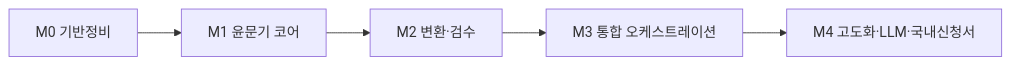
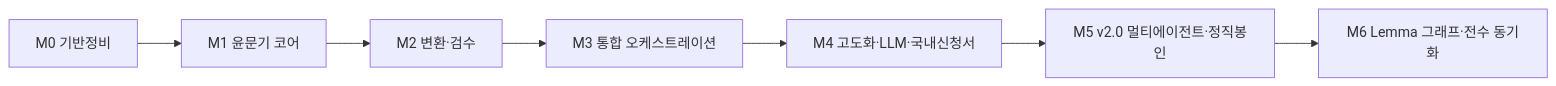
Before and after one commit to sooasim/book: the diagram in docs/05_개발로드맵_및_품질기준.md, drawn with Mermaid. The commit also changed other lines of this file and 9 other files, not shown here.

````diff
--- a/docs/05_개발로드맵_및_품질기준.md
+++ b/docs/05_개발로드맵_및_품질기준.md
@@ -22,7 +24,9 @@
 ```mermaid
 flowchart LR
   M0["M0 기반정비"] --> M1["M1 윤문기 코어"]
   M1 --> M2["M2 변환·검수"]
   M2 --> M3["M3 통합 오케스트레이션"]
   M3 --> M4["M4 고도화·LLM·국내신청서"]
+  M4 --> M5["M5 v2.0 멀티에이전트·정직봉인"]
+  M5 --> M6["M6 Lemma 그래프·전수 동기화"]
 ```
````
